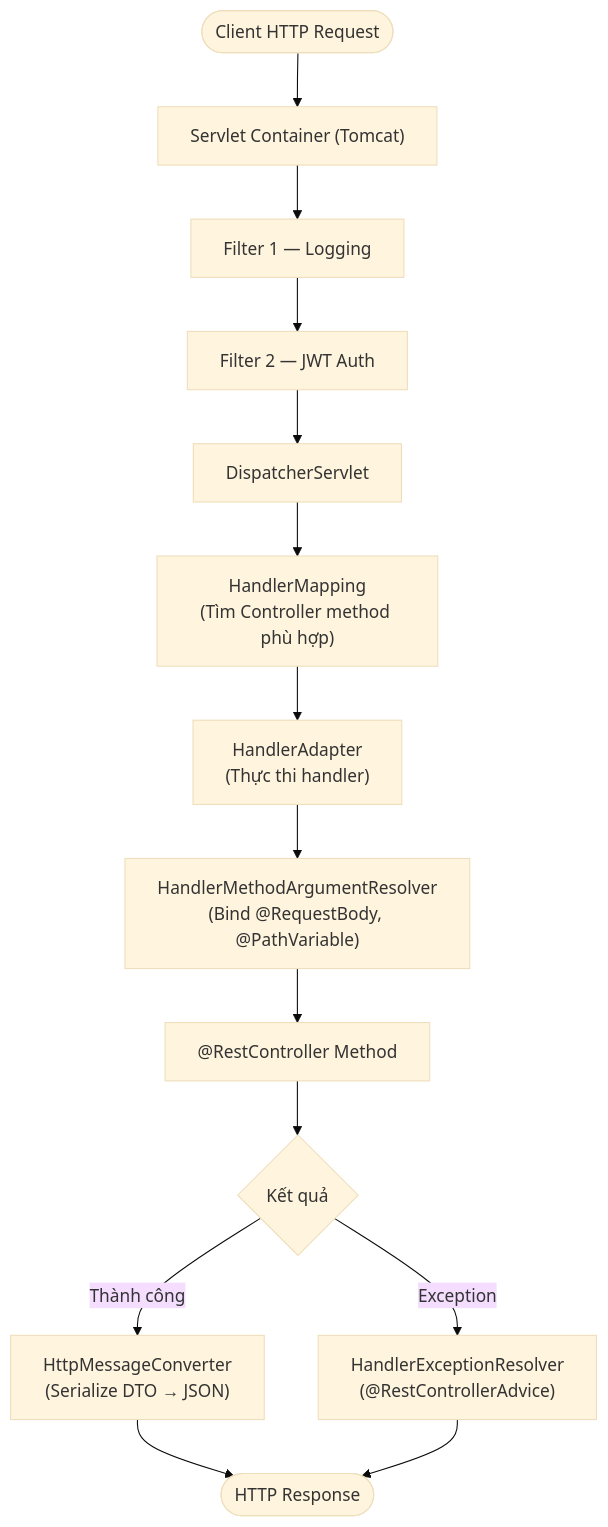
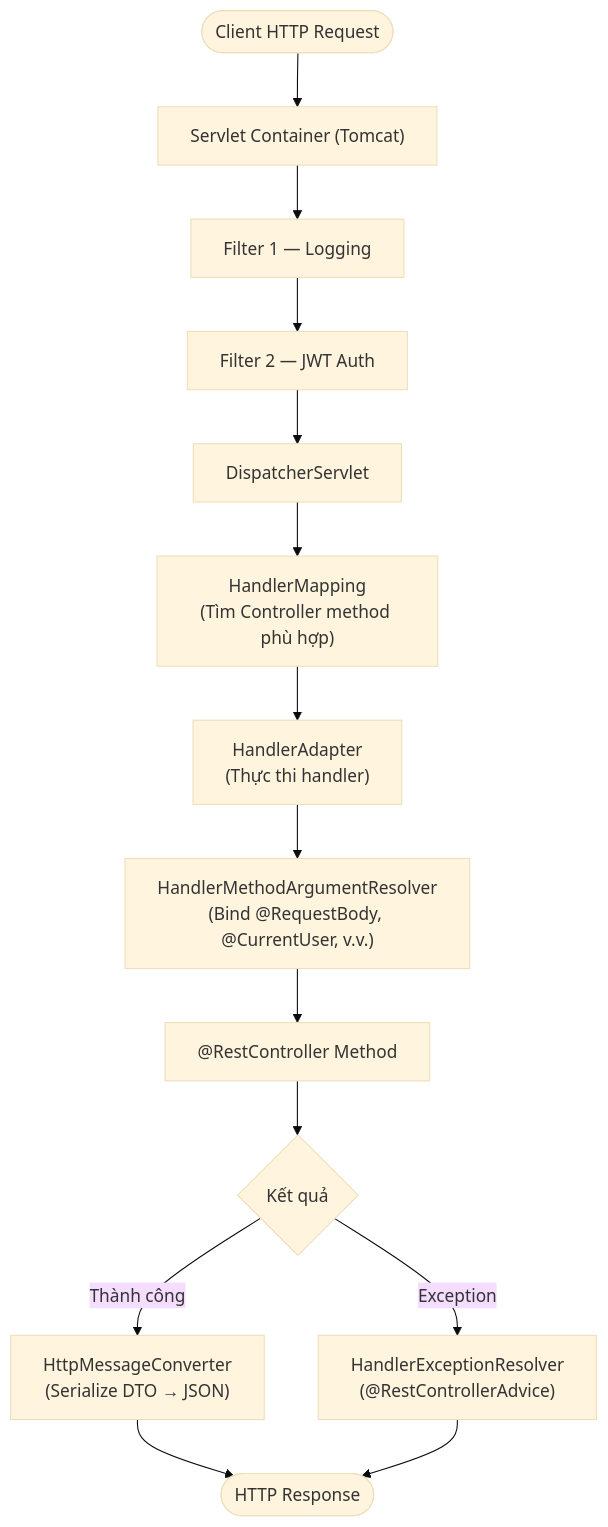
Before and after one commit to MaiTheHao/docs: the seventh of 7 diagrams in release/frameworks/spring_boot/03_spring_mvc_web_layer.md, drawn with Mermaid (base theme). The commit also changed other lines of this file, not shown here.

Commit message:
feat: add DispatcherServlet internals documentation and reorganize framework web layer sections

````diff
--- a/release/frameworks/spring_boot/03_spring_mvc_web_layer.md
+++ b/release/frameworks/spring_boot/03_spring_mvc_web_layer.md
@@ -316,22 +617,22 @@
 ```mermaid
 flowchart TD
     accTitle: Complete HTTP Request Processing Flow in Spring Boot
-    accDescr: End-to-end request flow from Servlet Container through DispatcherServlet pipeline to JSON response.
+    accDescr: End-to-end request flow from Servlet Container through DispatcherServlet pipeline with argument resolution, message conversion, and exception handling.
 
     clientHttp(["Client HTTP Request"]) --> tomcatEngine["Servlet Container (Tomcat)"]
     tomcatEngine --> filter1["Filter 1 — Logging"]
     filter1 --> filter2["Filter 2 — JWT Auth"]
     filter2 --> dispatcher["DispatcherServlet"]
 
     dispatcher --> handlerMapping["HandlerMapping<br/>(Tìm Controller method phù hợp)"]
     handlerMapping --> handlerAdapter["HandlerAdapter<br/>(Thực thi handler)"]
-    handlerAdapter --> argResolver["HandlerMethodArgumentResolver<br/>(Bind @RequestBody, @PathVariable)"]
+    handlerAdapter --> argResolver["HandlerMethodArgumentResolver<br/>(Bind @RequestBody, @CurrentUser, v.v.)"]
     argResolver --> controller["@RestController Method"]
 
     controller --> outcomeCheck{"Kết quả"}
     outcomeCheck -- "Thành công" --> msgConverter["HttpMessageConverter<br/>(Serialize DTO → JSON)"]
     outcomeCheck -- "Exception" --> excResolver["HandlerExceptionResolver<br/>(@RestControllerAdvice)"]
 
     msgConverter --> httpResponse(["HTTP Response"])
     excResolver --> httpResponse
 ```
````
